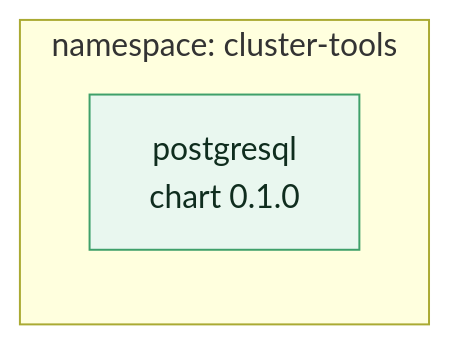
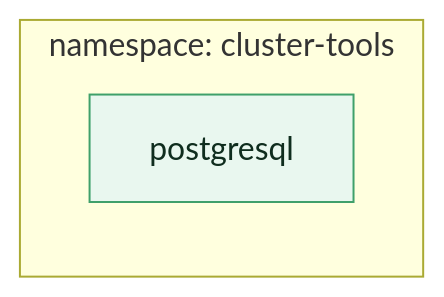
The diagram in docs/img/topology.mmd (jd4883/postgresql), drawn with Mermaid before and after one commit.

Commit message:
Regenerated the topology diagram to the current contract

```diff
--- a/docs/img/topology.mmd
+++ b/docs/img/topology.mmd
@@ -1,10 +1,10 @@
 flowchart LR
   classDef ext fill:#eef4ff,stroke:#5b8def,color:#12233f;
   classDef app fill:#e9f7ef,stroke:#3fa06a,color:#0f2d1e;
   classDef store fill:#fff4e5,stroke:#e0932f,color:#3d2a08;
   classDef sec fill:#fdecef,stroke:#d2506b,color:#3d0d18;
   classDef dep fill:#f3edff,stroke:#8a63d2,color:#241338;
   subgraph NS["namespace: cluster-tools"]
     direction TB
-    APP["postgresql<br/>chart 0.1.0"]:::app
+    APP["postgresql"]:::app
   end
```
